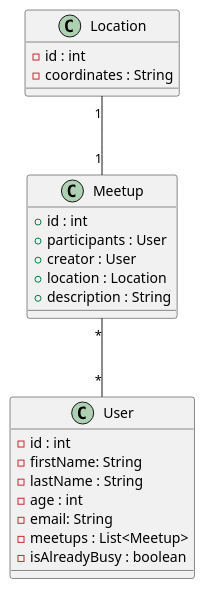
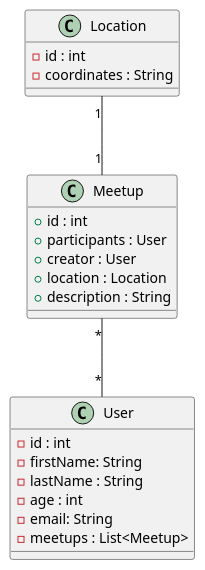
Before and after one commit to 2223-3bhif-syp/02-projekte-mopedmeetup: the diagram in asciidocs/Klassendiagramm.adoc, drawn with PlantUML. The commit also changed 3 other files, not shown here.

Commit message:
added Java classes, edited Klassendiagramm

```diff
--- a/asciidocs/Klassendiagramm.adoc
+++ b/asciidocs/Klassendiagramm.adoc
@@ -6,29 +6,28 @@
 [plantuml, target=diagram-classes, format=png]
 ....
 class User {
     - id : int
     - firstName: String
     - lastName : String
     - age : int
     - email: String
     - meetups : List<Meetup>
-    - isAlreadyBusy : boolean
 }
 class Meetup {
     + id : int
     + participants : User
     + creator : User
     + location : Location
     + description : String
 }
 
 class Location {
     - id : int
     - coordinates : String
 }
 
 
 Meetup "*"--"*" User : ""
 Location "1"--"1" Meetup : ""
 
 ....
```
